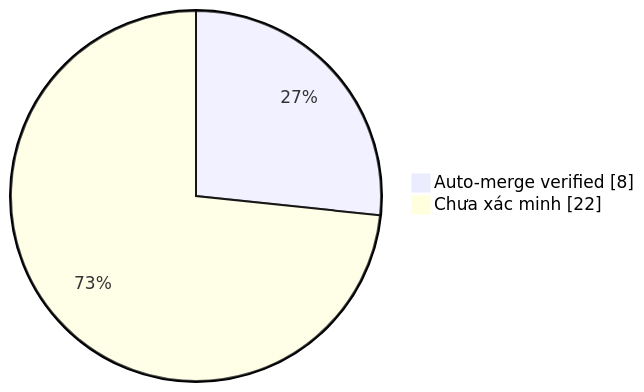
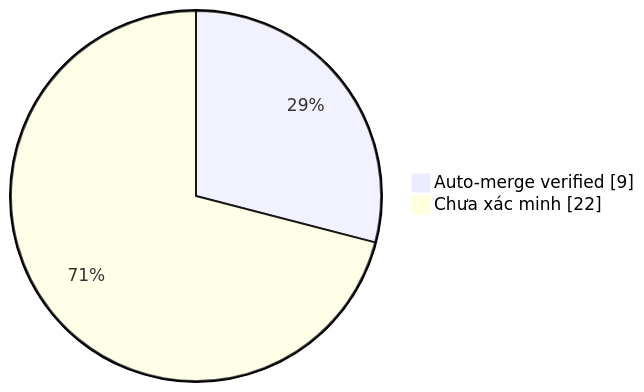
The diagram in collector.md (duykhang68/tetdinhmuiblog), drawn with Mermaid before and after one commit. The commit also changed other lines of this file and 1 other file, not shown here.

Commit message:
docs(collector): update auto-merge evidence dashboard

````diff
--- a/collector.md
+++ b/collector.md
@@ -22,5 +22,5 @@
 ```mermaid
 pie showData
-    "Auto-merge verified" : 8
+    "Auto-merge verified" : 9
     "Chưa xác minh" : 22
 ```
````
